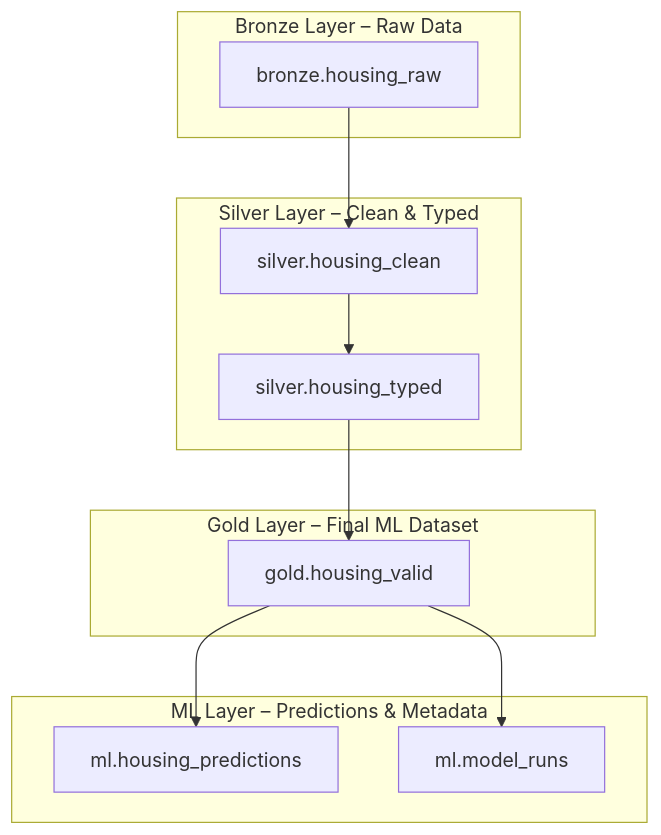
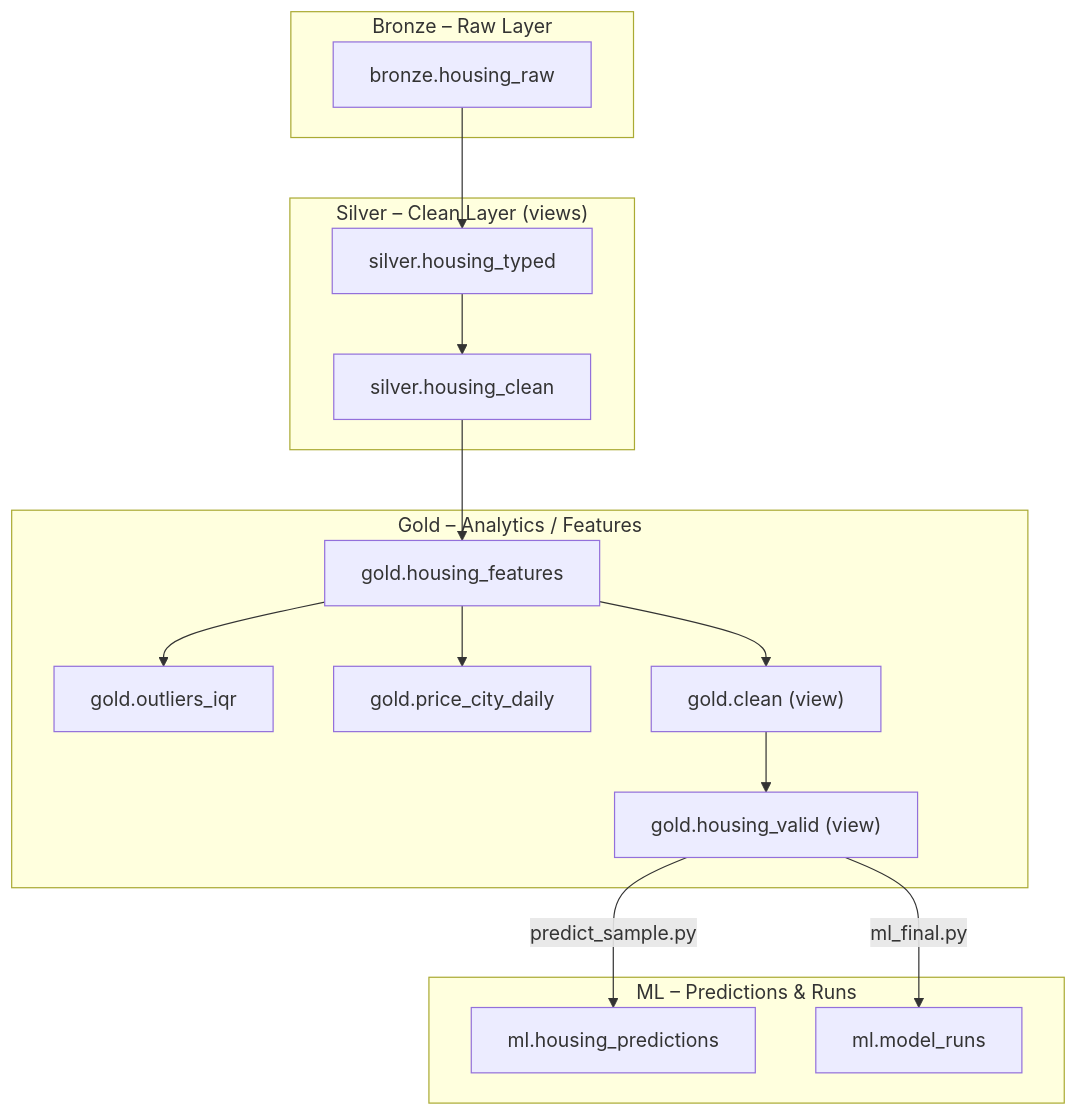
One commit to Wykoo/mini-warehouse-ml changed the diagram in warehouse/erd.md. Above: the diagram before and after it, drawn with Mermaid. The commit also changed other lines of this file, not shown here.

Commit message:
Refactor ERD section and update headings

````diff
--- a/warehouse/erd.md
+++ b/warehouse/erd.md
@@ -15,41 +15,42 @@
 ```mermaid
 flowchart TD
 
-%% =======================
-%%      BRONZE
-%% =======================
-subgraph BRONZE ["Bronze Layer – Raw Data"]
+  %% ---------- BRONZE ----------
+  subgraph BRONZE["Bronze – Raw Layer"]
     B1["bronze.housing_raw"]
-end
+  end
 
-%% =======================
-%%      SILVER
-%% =======================
-subgraph SILVER ["Silver Layer – Clean & Typed"]
-    S1["silver.housing_clean"]
-    S2["silver.housing_typed"]
-end
+  %% ---------- SILVER ----------
+  subgraph SILVER["Silver – Clean Layer (views)"]
+    S1["silver.housing_typed"]
+    S2["silver.housing_clean"]
+  end
 
-%% =======================
-%%      GOLD
-%% =======================
-subgraph GOLD ["Gold Layer – Final ML Dataset"]
-    G1["gold.housing_valid"]
-end
+  %% ---------- GOLD ----------
+  subgraph GOLD["Gold – Analytics / Features"]
+    G1["gold.housing_features"]
+    G2["gold.outliers_iqr"]
+    G3["gold.price_city_daily"]
+    GV1["gold.clean (view)"]
+    GV2["gold.housing_valid (view)"]
+  end
 
-%% =======================
-%%      ML
-%% =======================
-subgraph ML ["ML Layer – Predictions & Metadata"]
+  %% ---------- ML ----------
+  subgraph ML["ML – Predictions & Runs"]
     M1["ml.housing_predictions"]
     M2["ml.model_runs"]
-end
+  end
 
-%% FLOWS
-B1 --> S1
-S1 --> S2
-S2 --> G1
+  %% ---------- FLOWS ----------
+  B1 --> S1
+  S1 --> S2
+  S2 --> G1
 
-G1 --> M1
-G1 --> M2
+  G1 --> G2
+  G1 --> G3
+  G1 --> GV1
+  GV1 --> GV2
+
+  GV2 -->|predict_sample.py| M1
+  GV2 -->|ml_final.py| M2
 ```
````
